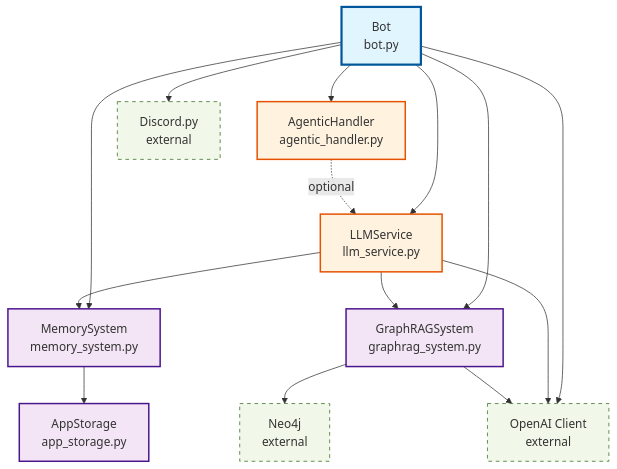
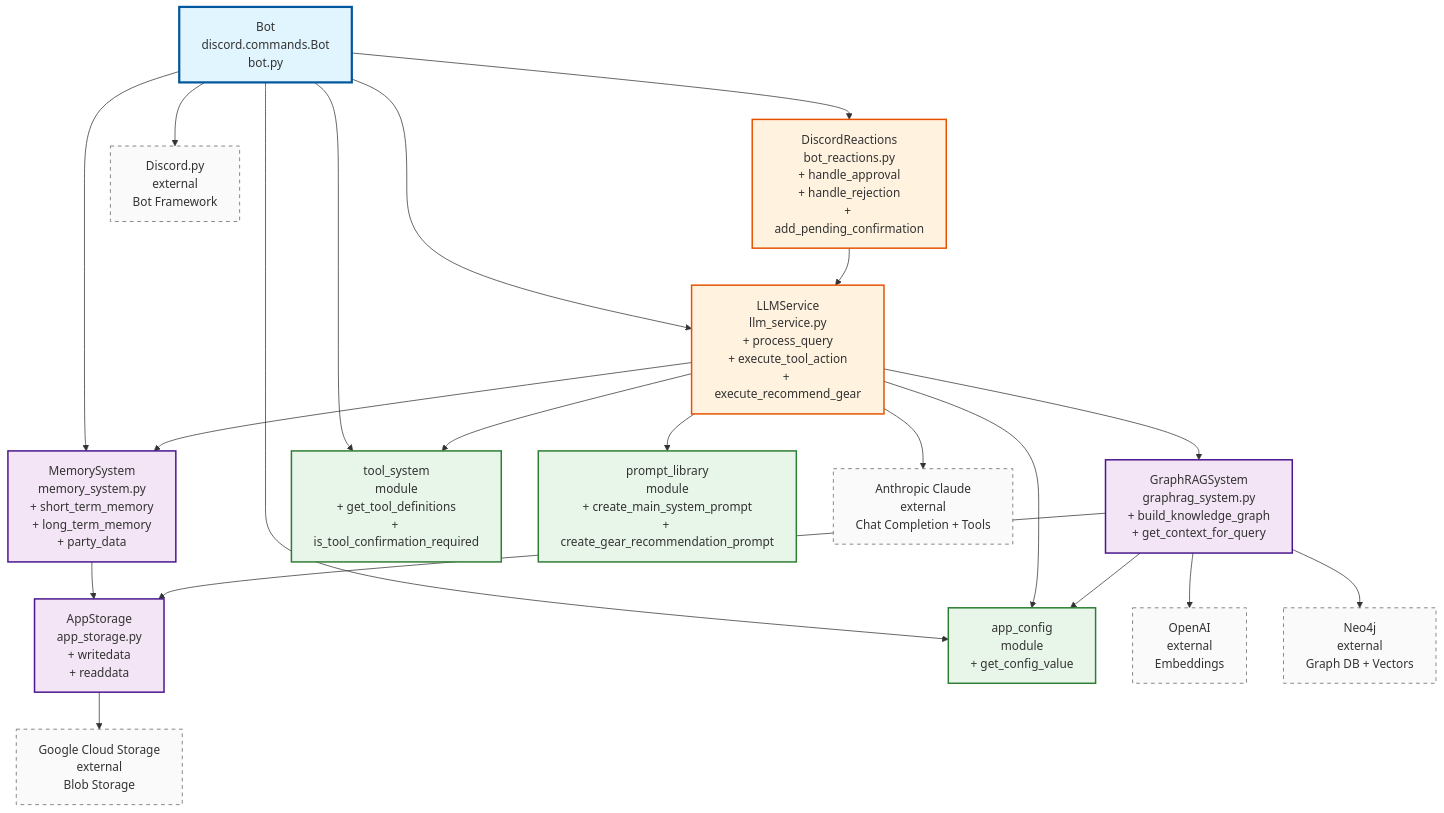
One commit to jasonroberts79/cyberpunk-looter changed the diagram in src/class_design.mmd. Above: the diagram before and after it, drawn with Mermaid. The commit also changed 4 other files, not shown here.

Commit message:
Update diagrams and claude prompt

```diff
--- a/src/class_design.mmd
+++ b/src/class_design.mmd
@@ -1,51 +1,73 @@
 graph TB
       %% Entry Point
-      bot[Bot<br/>bot.py]
+      bot[Bot<br/>discord.commands.Bot<br/>bot.py]
 
       %% Core Services
-      llm[LLMService<br/>llm_service.py]
-      agentic[AgenticHandler<br/>agentic_handler.py]
+      llm[LLMService<br/>llm_service.py<br/>+ process_query<br/>+ execute_tool_action<br/>+ execute_recommend_gear]
+
+      reactions[DiscordReactions<br/>bot_reactions.py<br/>+ handle_approval<br/>+ handle_rejection<br/>+ add_pending_confirmation]
 
       %% Data Layer
-      memory[MemorySystem<br/>memory_system.py]
-      graphrag[GraphRAGSystem<br/>graphrag_system.py]
-      storage[AppStorage<br/>app_storage.py]
+      memory[MemorySystem<br/>memory_system.py<br/>+ short_term_memory<br/>+ long_term_memory<br/>+ party_data]
+
+      graphrag[GraphRAGSystem<br/>graphrag_system.py<br/>+ build_knowledge_graph<br/>+ get_context_for_query]
+
+      storage[AppStorage<br/>app_storage.py<br/>+ writedata<br/>+ readdata]
+
+      %% Utility Modules
+      tools[tool_system<br/>module<br/>+ get_tool_definitions<br/>+ is_tool_confirmation_required]
+
+      prompts[prompt_library<br/>module<br/>+ create_main_system_prompt<br/>+ create_gear_recommendation_prompt]
+
+      config[app_config<br/>module<br/>+ get_config_value]
 
       %% External Dependencies
-      openai[OpenAI Client<br/>external]
-      neo4j[Neo4j<br/>external]
-      discord[Discord.py<br/>external]
+      claude[Anthropic Claude<br/>external<br/>Chat Completion + Tools]
+      openai[OpenAI<br/>external<br/>Embeddings]
+      neo4j[Neo4j<br/>external<br/>Graph DB + Vectors]
+      discord_lib[Discord.py<br/>external<br/>Bot Framework]
+      gcs[Google Cloud Storage<br/>external<br/>Blob Storage]
 
       %% Bot Dependencies
       bot --> llm
-      bot --> agentic
+      bot --> reactions
       bot --> memory
-      bot --> graphrag
-      bot --> openai
-      bot --> discord
+      bot --> tools
+      bot --> config
+      bot --> discord_lib
+
+      %% Reactions Dependencies
+      reactions --> llm
 
       %% LLM Service Dependencies
       llm --> graphrag
       llm --> memory
-      llm --> openai
-
-      %% Agentic Handler Dependencies
-      agentic -.optional.-> llm
+      llm --> claude
+      llm --> tools
+      llm --> prompts
+      llm --> config
 
       %% Memory System Dependencies
       memory --> storage
 
       %% GraphRAG Dependencies
       graphrag --> neo4j
       graphrag --> openai
+      graphrag --> storage
+      graphrag --> config
+
+      %% Storage Dependencies
+      storage --> gcs
 
       %% Styling
       classDef entryPoint fill:#e1f5ff,stroke:#01579b,stroke-width:3px
       classDef coreService fill:#fff3e0,stroke:#e65100,stroke-width:2px
       classDef dataLayer fill:#f3e5f5,stroke:#4a148c,stroke-width:2px
-      classDef external fill:#f1f8e9,stroke:#33691e,stroke-width:1px,stroke-dasharray: 5 5
+      classDef utilityModule fill:#e8f5e9,stroke:#2e7d32,stroke-width:2px
+      classDef external fill:#fafafa,stroke:#616161,stroke-width:1px,stroke-dasharray: 5 5
 
       class bot entryPoint
-      class llm,agentic coreService
+      class llm,reactions coreService
       class memory,graphrag,storage dataLayer
-      class openai,neo4j,discord external
+      class tools,prompts,config utilityModule
+      class claude,openai,neo4j,discord_lib,gcs external
```
